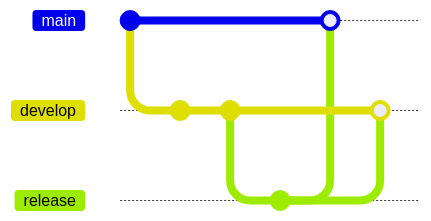
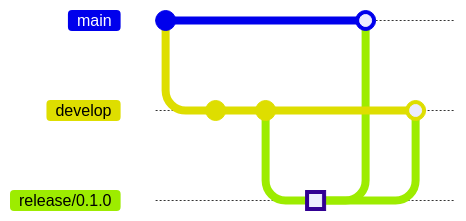
One commit to jsaenz-endava/git-challenge-2023-1 changed the second of 2 diagrams in Git flow release.md. Above: the diagram before and after it, drawn with Mermaid. The commit also changed other lines of this file, not shown here. Commit ids are hidden.

Commit message:
Mermaid graphs included

````diff
--- a/Git flow release.md
+++ b/Git flow release.md
@@ -100,13 +65,13 @@
 ```mermaid
     gitGraph
     commit
     branch develop
     commit
     commit
-    branch release
-    commit
+    branch release/0.1.0
+    commit id: "first release" type: HIGHLIGHT
     checkout main
-    merge release
+    merge release/0.1.0
     checkout develop
-    merge release
+    merge release/0.1.0
 ```
````
